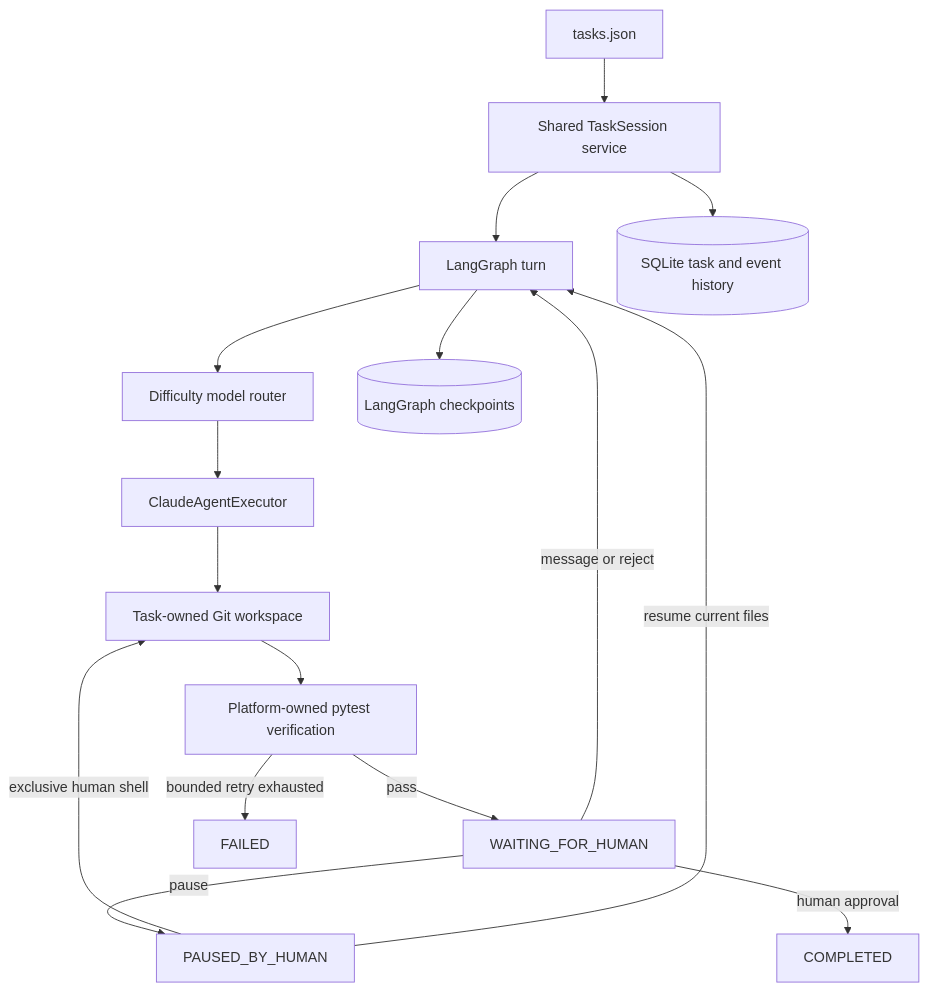
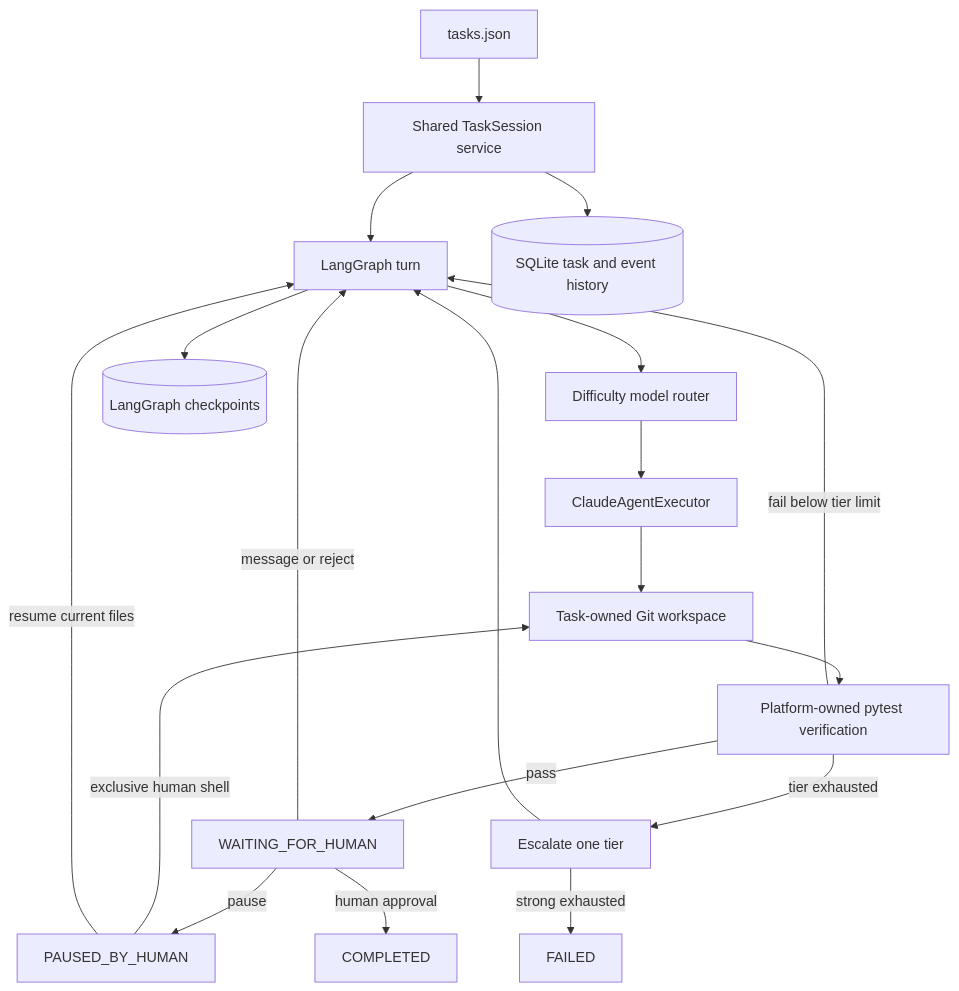
One commit to Vahunhula/ai-platform-demo changed the diagram in README.md. Above: the diagram before and after it, drawn with Mermaid. The commit also changed other lines of this file and 21 other files, not shown here.

````diff
--- a/README.md
+++ b/README.md
@@ -45,19 +68,22 @@
 ```mermaid
 flowchart TD
     A[tasks.json] --> B[Shared TaskSession service]
     B --> C[LangGraph turn]
     C --> D[Difficulty model router]
     D --> E[ClaudeAgentExecutor]
     E --> F[Task-owned Git workspace]
     F --> G[Platform-owned pytest verification]
     G -->|pass| H[WAITING_FOR_HUMAN]
-    G -->|bounded retry exhausted| I[FAILED]
+    G -->|fail below tier limit| C
+    G -->|tier exhausted| N[Escalate one tier]
+    N --> C
+    N -->|strong exhausted| I[FAILED]
     H -->|message or reject| C
     H -->|pause| J[PAUSED_BY_HUMAN]
     J -->|exclusive human shell| F
     J -->|resume current files| C
     H -->|human approval| K[COMPLETED]
 
     B --> L[(SQLite task and event history)]
     C --> M[(LangGraph checkpoints)]
 ```
````
